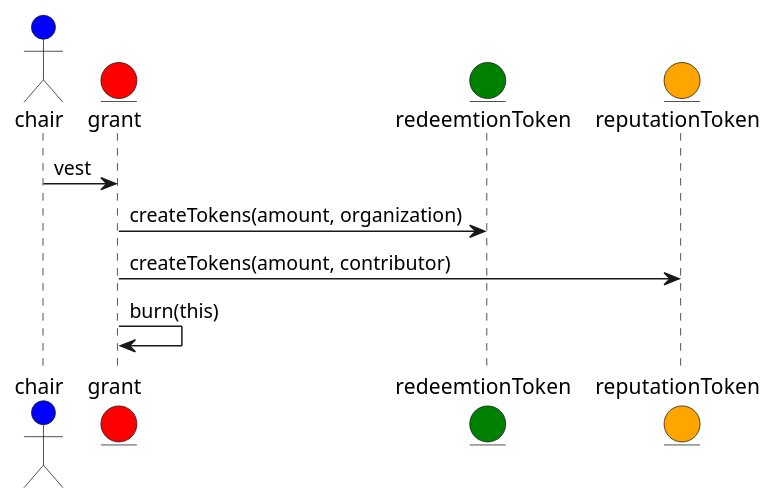
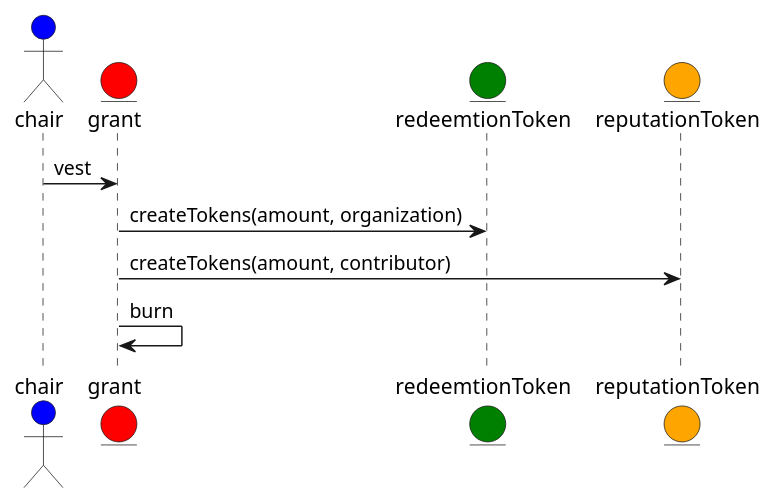
Before and after one commit to EntEthAlliance/EEA-Trusted-Reward-Token: the third of 3 diagrams in ttf/grant-flow.md, drawn with PlantUML. The commit also changed other lines of this file and 7 other files, not shown here.

Commit message:
Adding sequence diagrams and placeholders for TTF Specs

````diff
--- a/ttf/grant-flow.md
+++ b/ttf/grant-flow.md
@@ -53,13 +57,13 @@
 ```plantuml
-@startuml
+@startuml component
     actor chair #blue
     entity grant #red
     entity redeemtionToken #green
     entity reputationToken #orange
 
     chair ->  grant: vest
     grant -> redeemtionToken: createTokens(amount, organization)
     grant -> reputationToken: createTokens(amount, contributor)
-    grant -> grant: burn(this)
+    grant -> grant: burn
 @enduml
 ```
````
